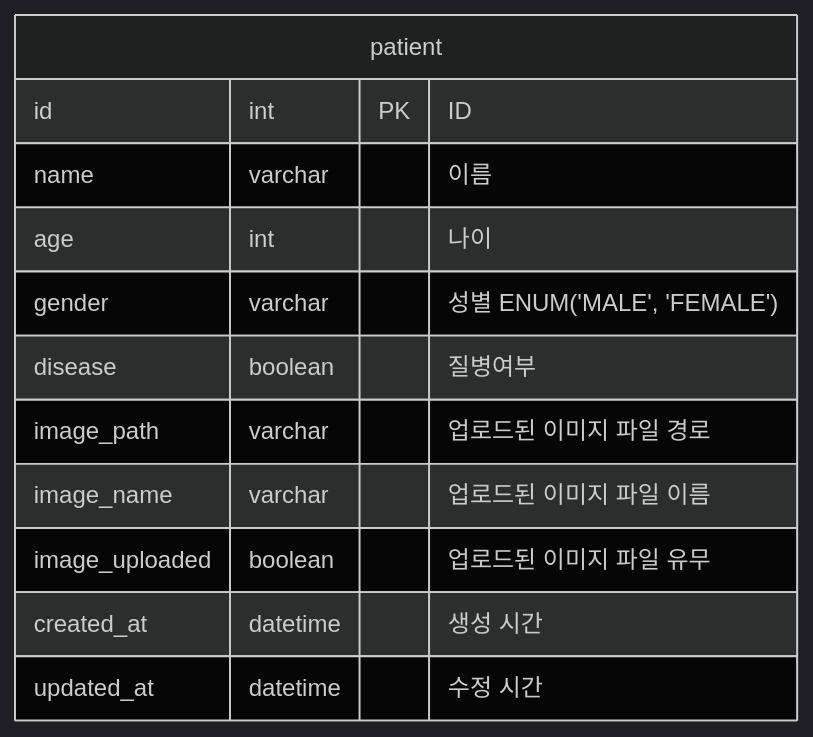
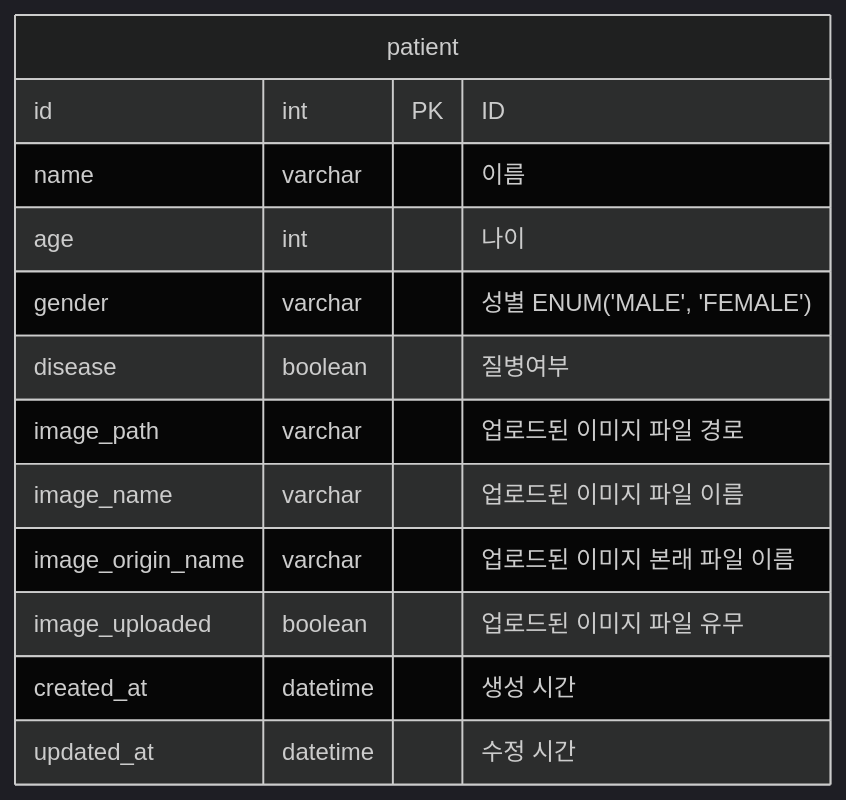
One commit to jhwon91/patient-info-system changed the diagram in docs/erd.md. Above: the diagram before and after it, drawn with Mermaid (dark theme). The commit also changed 1 other file, not shown here.

Commit message:
feat: imageOriginName 컬럼 추가

````diff
--- a/docs/erd.md
+++ b/docs/erd.md
@@ -2,15 +2,16 @@
 ```mermaid
 erDiagram
     patient {
         id int PK "ID"
         name varchar "이름"
         age int "나이"
         gender varchar "성별 ENUM('MALE', 'FEMALE')"
         disease boolean " 질병여부"
         image_path varchar "업로드된 이미지 파일 경로"
         image_name varchar "업로드된 이미지 파일 이름"
+        image_origin_name varchar "업로드된 이미지 본래 파일 이름"
         image_uploaded boolean "업로드된 이미지 파일 유무"
         created_at datetime "생성 시간"
         updated_at datetime "수정 시간"
     }
 ```
````
